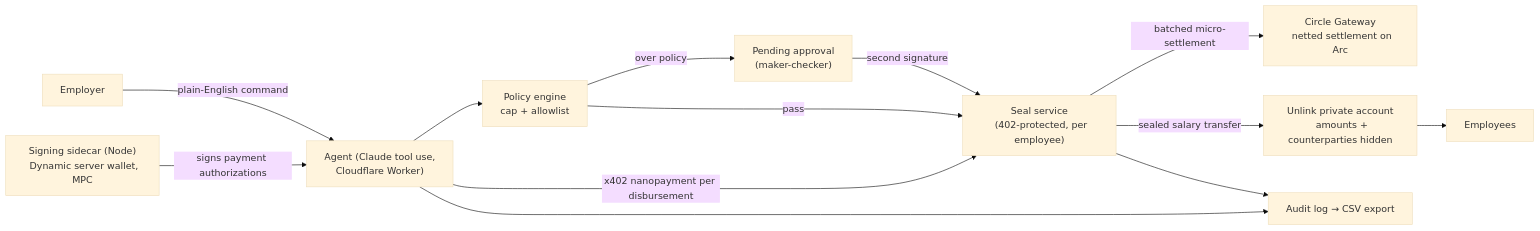
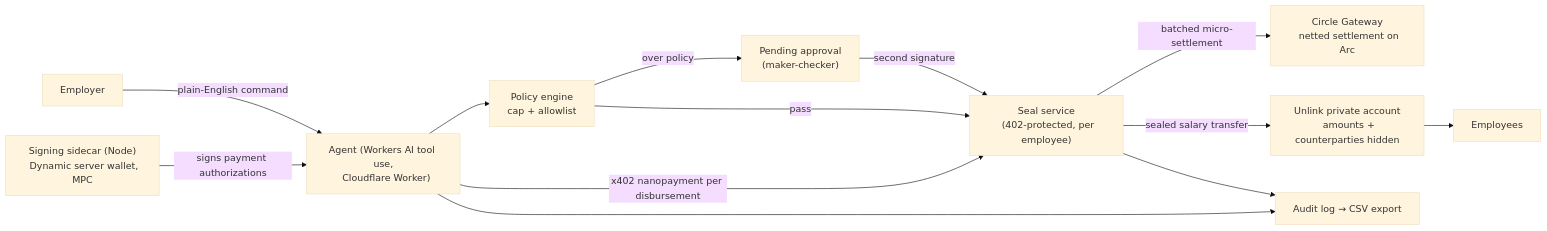
The diagram in README.md (max-andrew/manila), drawn with Mermaid (base theme) before and after one commit. The commit also changed other lines of this file, not shown here.

Commit message:
docs: workers ai agent, money-app entry, roadmap framing for flow + vesting

````diff
--- a/README.md
+++ b/README.md
@@ -12,22 +12,22 @@
 ```mermaid
 flowchart LR
-  Employer -->|plain-English command| Agent["Agent (Claude tool use,
+  Employer -->|plain-English command| Agent["Agent (Workers AI tool use,
   Cloudflare Worker)"]
   Agent --> Policy["Policy engine
   cap + allowlist"]
   Policy -->|over policy| Approval["Pending approval
   (maker-checker)"]
   Approval -->|second signature| Seal
   Policy -->|pass| Seal["Seal service
   (402-protected, per employee)"]
   Agent -->|x402 nanopayment per disbursement| Seal
   Sidecar["Signing sidecar (Node)
   Dynamic server wallet, MPC"] -->|signs payment authorizations| Agent
   Seal -->|batched micro-settlement| Gateway["Circle Gateway
   netted settlement on Arc"]
   Seal -->|sealed salary transfer| Unlink["Unlink private account
   amounts + counterparties hidden"]
   Unlink --> Employees
   Agent --> Audit["Audit log → CSV export"]
   Seal --> Audit
 ```
````
